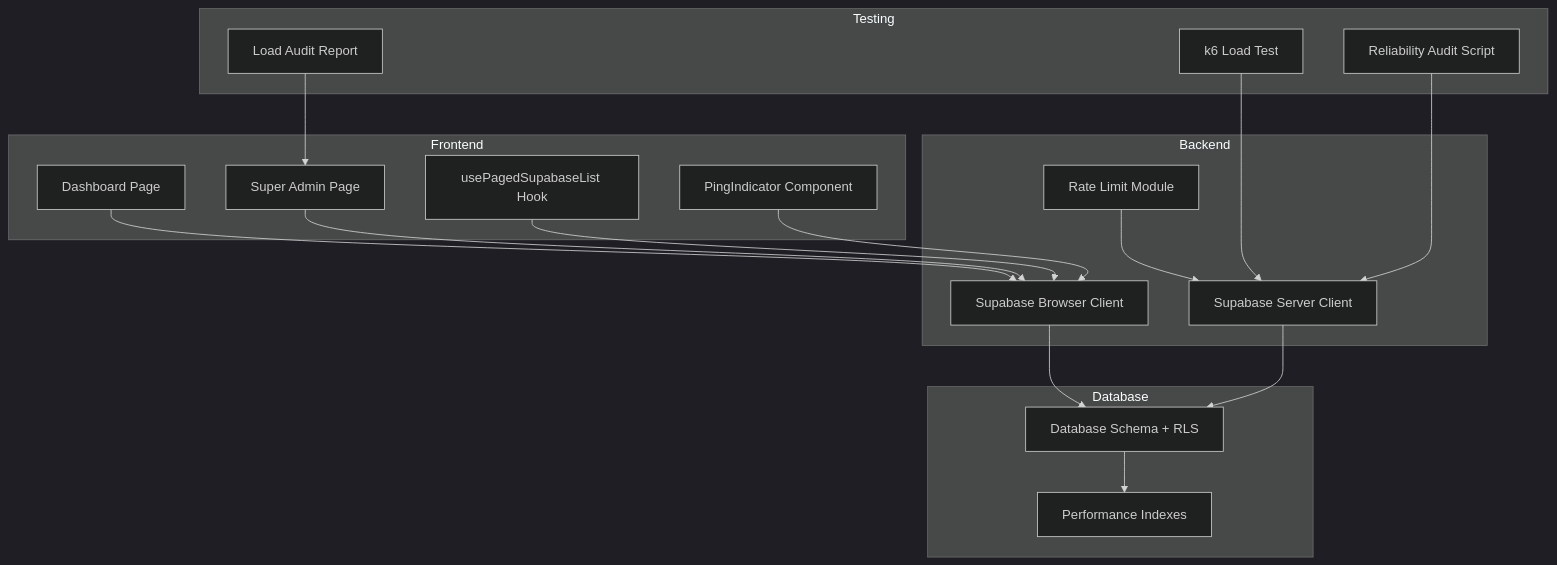
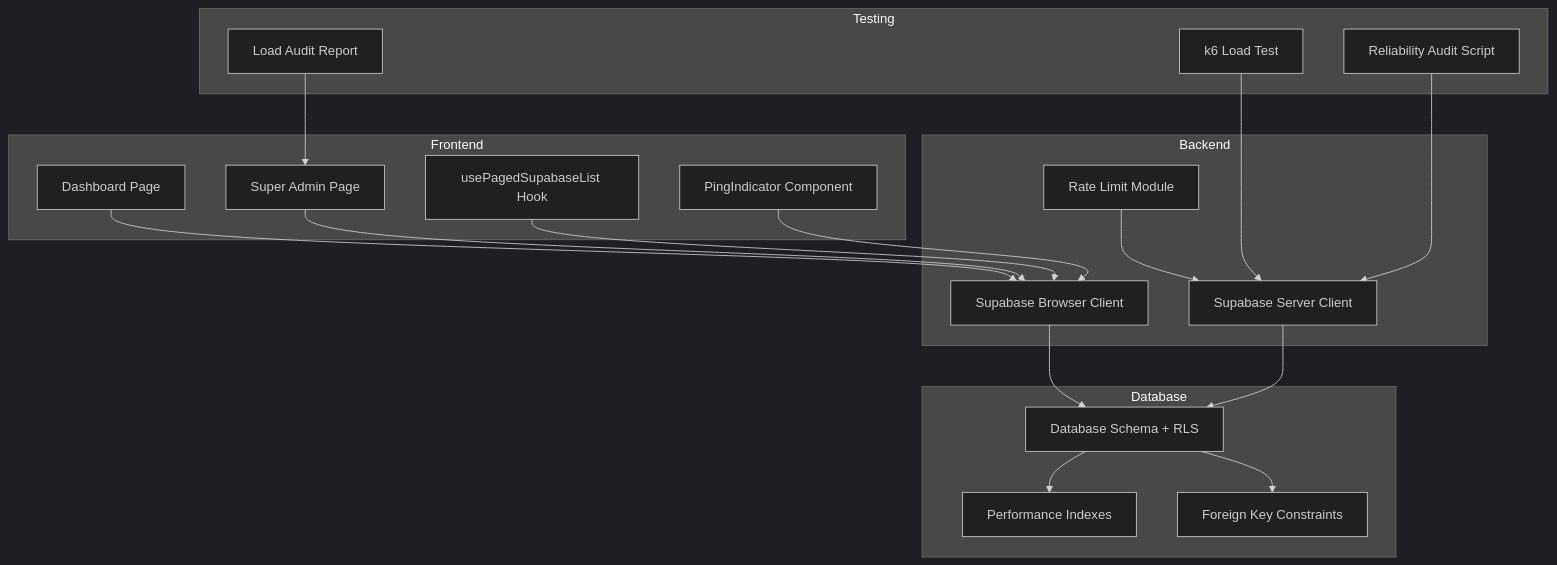
The first of 8 diagrams in .qoder/repowiki/en/content/Performance & Scalability.md (mustafaalkusaj/appschoolmustafa2002), drawn with Mermaid (dark theme) before and after one commit. The commit also changed other lines of this file and 85 other files, not shown here.

````diff
--- a/.qoder/repowiki/en/content/Performance & Scalability.md
+++ b/.qoder/repowiki/en/content/Performance & Scalability.md
@@ -47,34 +56,36 @@
 ```mermaid
 graph TB
 subgraph "Frontend"
 UI_Dashboard["Dashboard Page"]
 UI_SuperAdmin["Super Admin Page"]
 Hook_Paged["usePagedSupabaseList Hook"]
 Comp_Ping["PingIndicator Component"]
 end
 subgraph "Backend"
 Supa_Client["Supabase Browser Client"]
 Supa_Server["Supabase Server Client"]
 RL["Rate Limit Module"]
 end
 subgraph "Database"
 DB_Schema["Database Schema + RLS"]
 DB_Indexes["Performance Indexes"]
+DB_Constraints["Foreign Key Constraints"]
 end
 subgraph "Testing"
 K6["k6 Load Test"]
 Audit["Reliability Audit Script"]
 Report["Load Audit Report"]
 end
 UI_Dashboard --> Supa_Client
 UI_SuperAdmin --> Supa_Client
 Hook_Paged --> Supa_Client
 Comp_Ping --> Supa_Client
 Supa_Client --> DB_Schema
 Supa_Server --> DB_Schema
 DB_Schema --> DB_Indexes
+DB_Schema --> DB_Constraints
 RL --> Supa_Server
 K6 --> Supa_Server
 Audit --> Supa_Server
 Report --> UI_SuperAdmin
 ```
````
